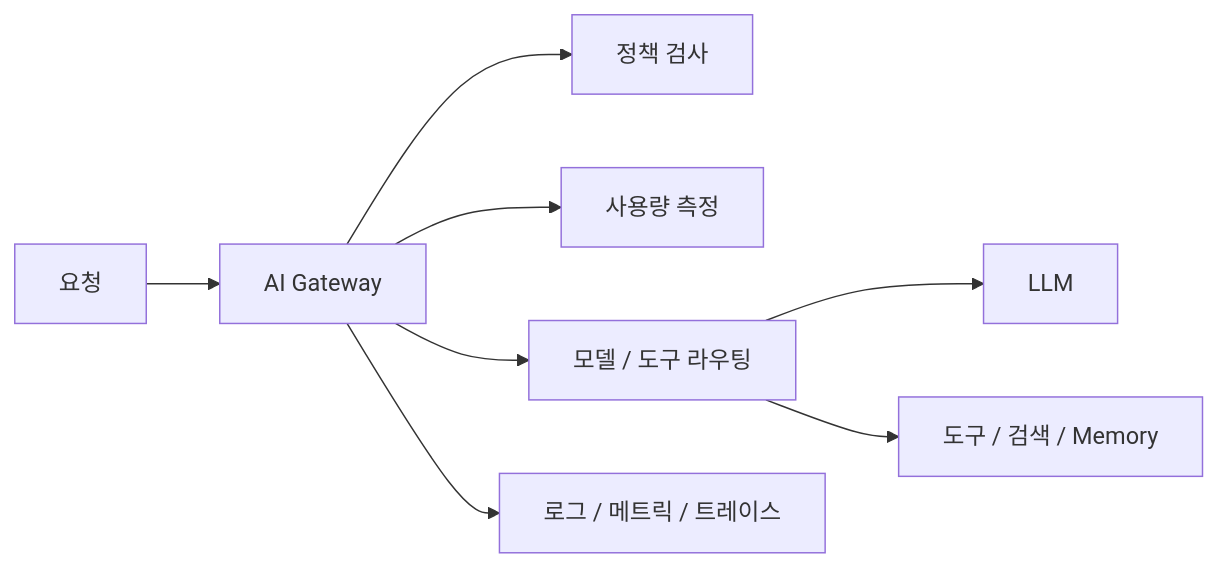
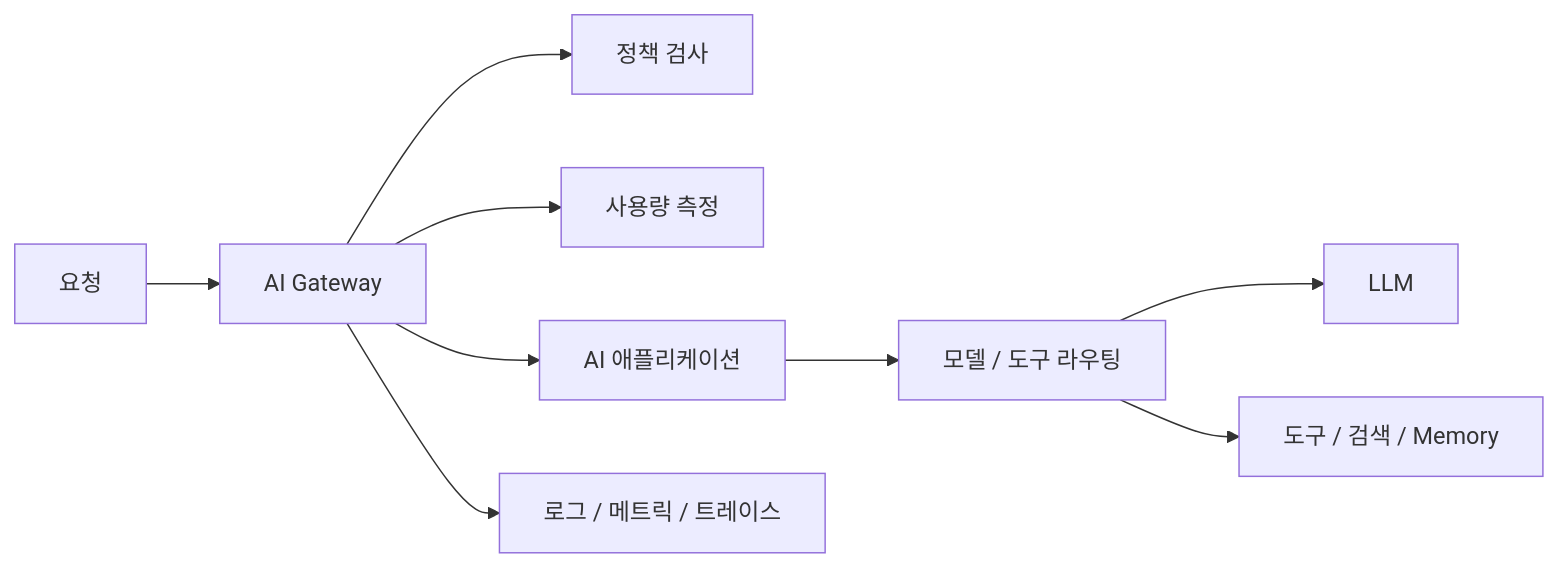
The eighth of 9 diagrams in ai_gateway_rag_memory_learning_book.md (dev-len/private-docs), drawn with Mermaid before and after one commit. The commit also changed other lines of this file, not shown here.

````diff
--- a/ai_gateway_rag_memory_learning_book.md
+++ b/ai_gateway_rag_memory_learning_book.md
@@ -724,10 +767,11 @@
 ```mermaid
 flowchart LR
     Request["요청"] --> Gateway["AI Gateway"]
     Gateway --> Policy["정책 검사"]
     Gateway --> Meter["사용량 측정"]
-    Gateway --> Route["모델 / 도구 라우팅"]
+    Gateway --> App["AI 애플리케이션"]
+    App --> Route["모델 / 도구 라우팅"]
     Route --> LLM["LLM"]
     Route --> Tool["도구 / 검색 / Memory"]
     Gateway --> Observe["로그 / 메트릭 / 트레이스"]
 ```
````
